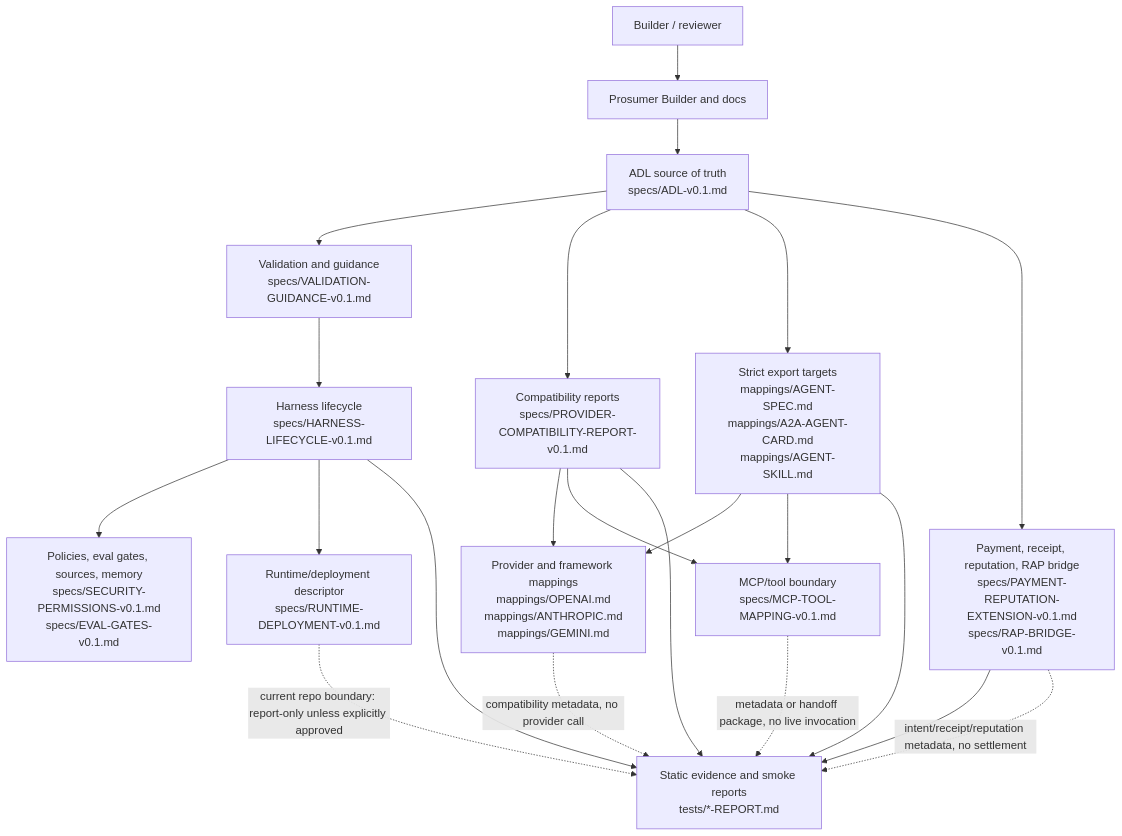
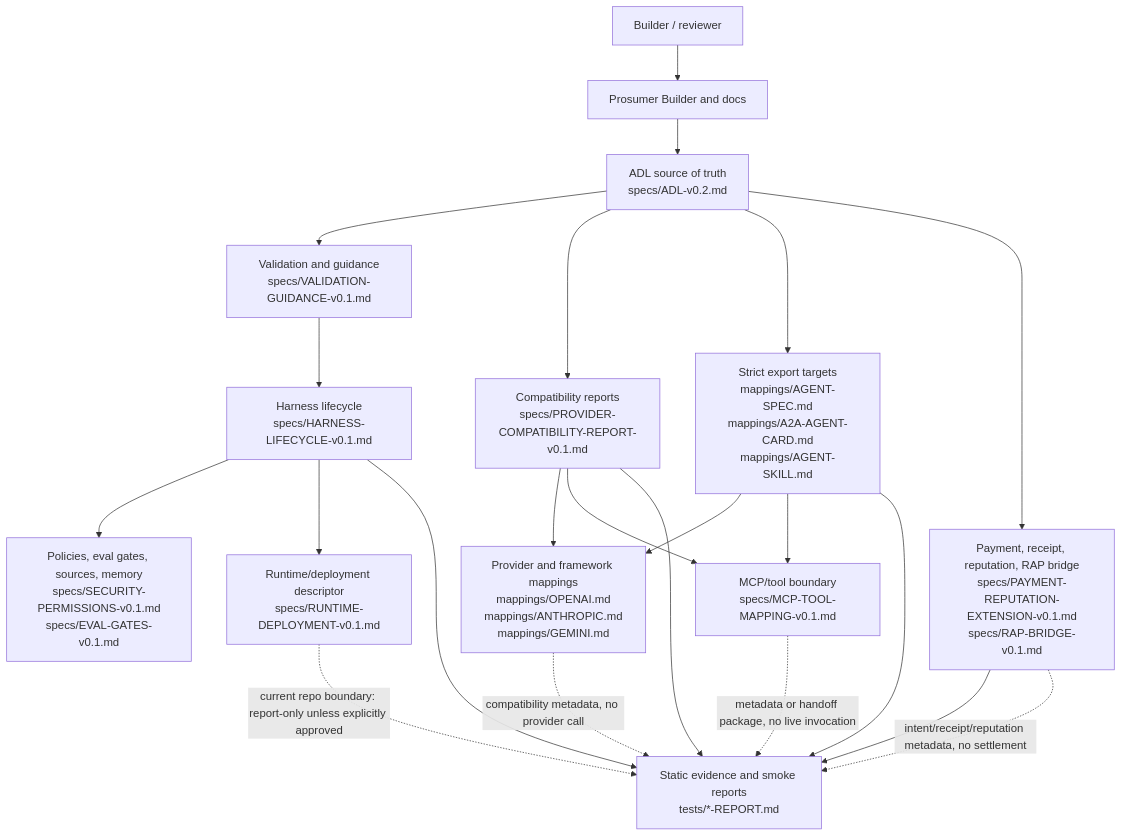
Before and after one commit to nissan/reddiagent-lab: the diagram in docs/REDDIAGENT-ARCHITECTURE.md, drawn with Mermaid. The commit also changed other lines of this file and 115 other files, not shown here.

````diff
--- a/docs/REDDIAGENT-ARCHITECTURE.md
+++ b/docs/REDDIAGENT-ARCHITECTURE.md
@@ -9,39 +9,39 @@
 ```mermaid
 flowchart TB
     builder["Builder / reviewer"]
     prosumer["Prosumer Builder and docs"]
-    adl["ADL source of truth<br/>specs/ADL-v0.1.md"]
+    adl["ADL source of truth<br/>specs/ADL-v0.2.md"]
     validator["Validation and guidance<br/>specs/VALIDATION-GUIDANCE-v0.1.md"]
     harness["Harness lifecycle<br/>specs/HARNESS-LIFECYCLE-v0.1.md"]
     policies["Policies, eval gates, sources, memory<br/>specs/SECURITY-PERMISSIONS-v0.1.md<br/>specs/EVAL-GATES-v0.1.md"]
     runtime["Runtime/deployment descriptor<br/>specs/RUNTIME-DEPLOYMENT-v0.1.md"]
     reports["Compatibility reports<br/>specs/PROVIDER-COMPATIBILITY-REPORT-v0.1.md"]
     exports["Strict export targets<br/>mappings/AGENT-SPEC.md<br/>mappings/A2A-AGENT-CARD.md<br/>mappings/AGENT-SKILL.md"]
     providers["Provider and framework mappings<br/>mappings/OPENAI.md<br/>mappings/ANTHROPIC.md<br/>mappings/GEMINI.md"]
     mcp["MCP/tool boundary<br/>specs/MCP-TOOL-MAPPING-v0.1.md"]
     payment["Payment, receipt, reputation, RAP bridge<br/>specs/PAYMENT-REPUTATION-EXTENSION-v0.1.md<br/>specs/RAP-BRIDGE-v0.1.md"]
     evidence["Static evidence and smoke reports<br/>tests/*-REPORT.md"]
 
     builder --> prosumer
     prosumer --> adl
     adl --> validator
     validator --> harness
     adl --> reports
     adl --> exports
     harness --> policies
     harness --> runtime
     reports --> providers
     reports --> mcp
     exports --> providers
     exports --> mcp
     adl --> payment
     harness --> evidence
     reports --> evidence
     exports --> evidence
     payment --> evidence
 
     runtime -. "current repo boundary: report-only unless explicitly approved" .-> evidence
     providers -. "compatibility metadata, no provider call" .-> evidence
     mcp -. "metadata or handoff package, no live invocation" .-> evidence
     payment -. "intent/receipt/reputation metadata, no settlement" .-> evidence
 ```
````
